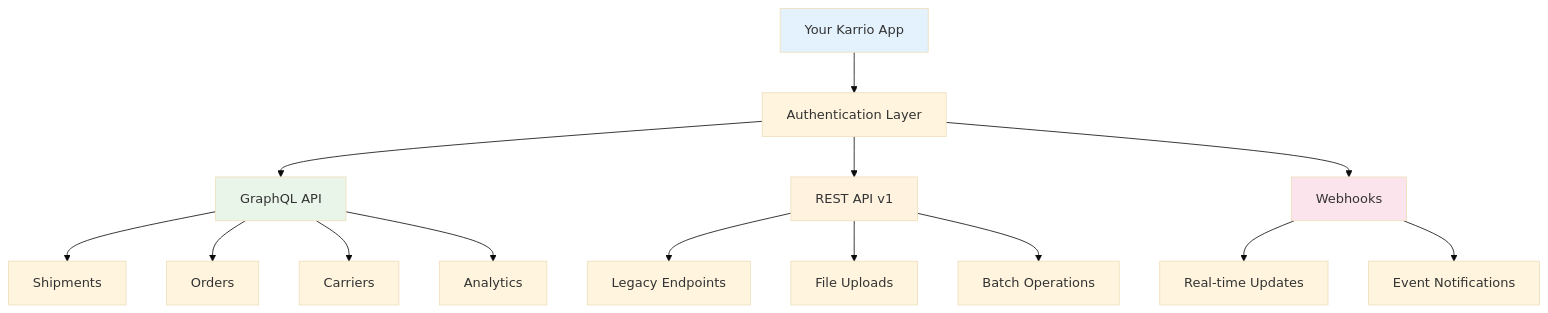
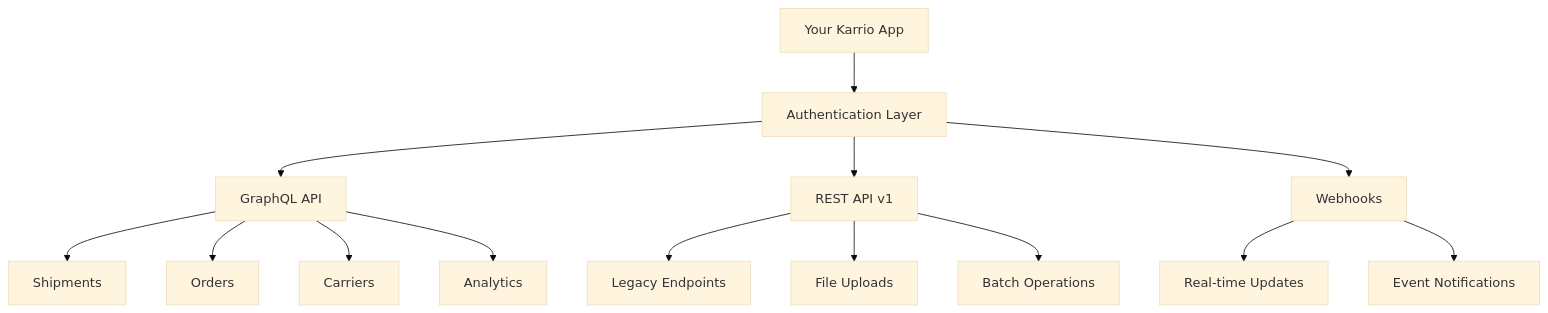
One commit to karrioapi/karrio changed the diagram in apps/web/src/app/docs/products/app-store/api-integration/page.mdx. Above: the diagram before and after it, drawn with Mermaid (base theme). The commit also changed 34 other files, not shown here.

````diff
--- a/apps/web/src/app/docs/products/app-store/api-integration/page.mdx
+++ b/apps/web/src/app/docs/products/app-store/api-integration/page.mdx
@@ -45,24 +45,21 @@
 ```mermaid
 graph TB
     A[Your Karrio App] --> B[Authentication Layer]
     B --> C[GraphQL API]
     B --> D[REST API v1]
     B --> E[Webhooks]
 
     C --> F[Shipments]
     C --> G[Orders]
     C --> H[Carriers]
     C --> I[Analytics]
 
     D --> J[Legacy Endpoints]
     D --> K[File Uploads]
     D --> L[Batch Operations]
 
     E --> M[Real-time Updates]
     E --> N[Event Notifications]
 
-    style A fill:#e3f2fd
-    style C fill:#e8f5e8
-    style D fill:#fff3e0
-    style E fill:#fce4ec
+    
 ```
````
